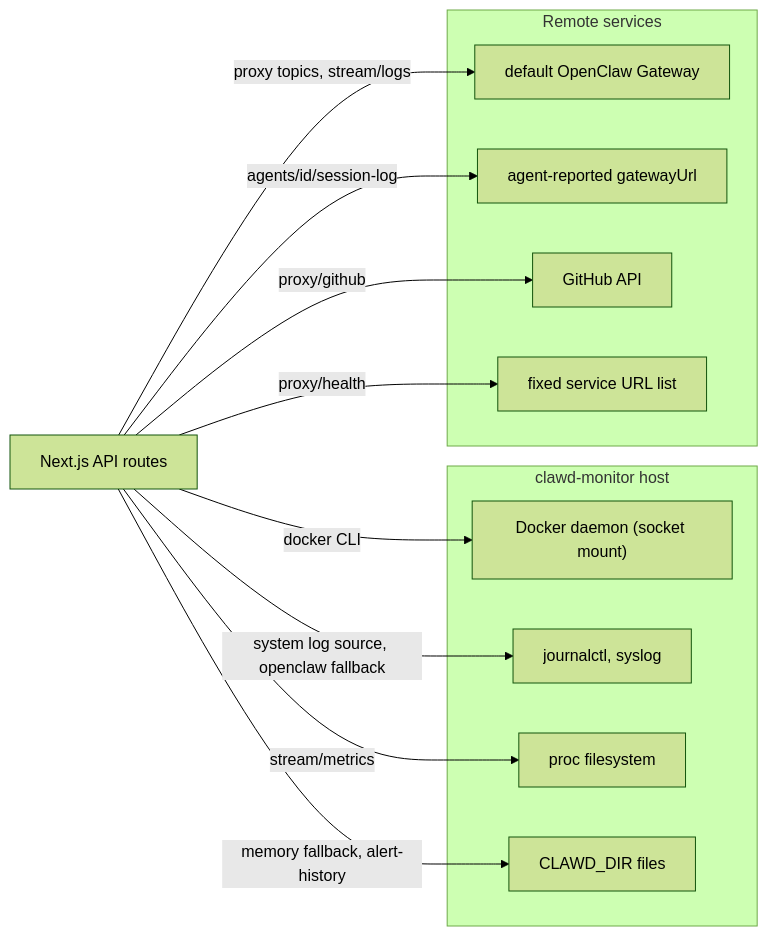
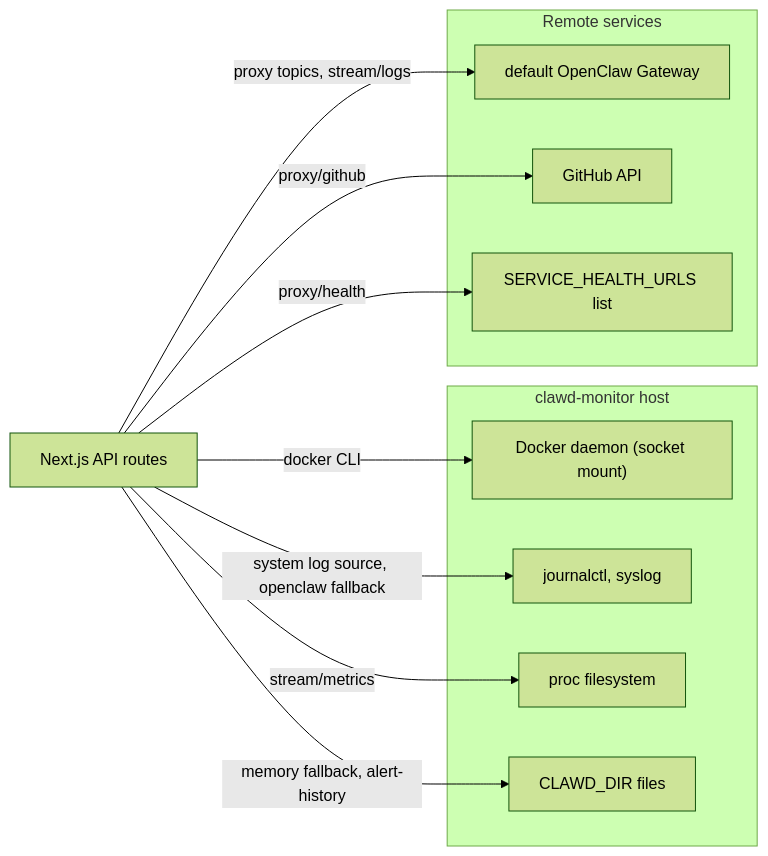
One commit to LanNguyenSi/clawd-monitor changed the second of 2 diagrams in docs/ARCHITECTURE.md. Above: the diagram before and after it, drawn with Mermaid (forest theme). The commit also changed other lines of this file and 42 other files, not shown here.

````diff
--- a/docs/ARCHITECTURE.md
+++ b/docs/ARCHITECTURE.md
@@ -40,24 +38,22 @@
 ```mermaid
 flowchart LR
   Routes["Next.js API routes"]
   subgraph host["clawd-monitor host"]
     Docker["Docker daemon (socket mount)"]
     Journal["journalctl, syslog"]
     Proc["proc filesystem"]
     Clawd["CLAWD_DIR files"]
   end
   subgraph remote["Remote services"]
     GW["default OpenClaw Gateway"]
-    AGW["agent-reported gatewayUrl"]
     GH["GitHub API"]
-    Svc["fixed service URL list"]
+    Svc["SERVICE_HEALTH_URLS list"]
   end
   Routes -->|"docker CLI"| Docker
   Routes -->|"system log source, openclaw fallback"| Journal
   Routes -->|"stream/metrics"| Proc
   Routes -->|"memory fallback, alert-history"| Clawd
   Routes -->|"proxy topics, stream/logs"| GW
-  Routes -->|"agents/id/session-log"| AGW
   Routes -->|"proxy/github"| GH
   Routes -->|"proxy/health"| Svc
 ```
````
